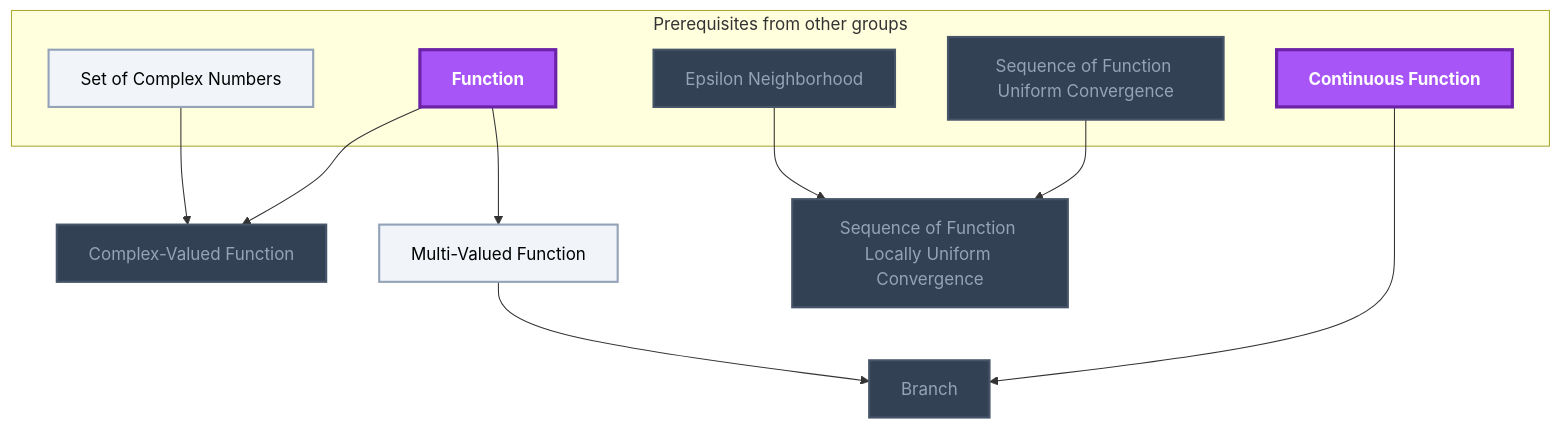
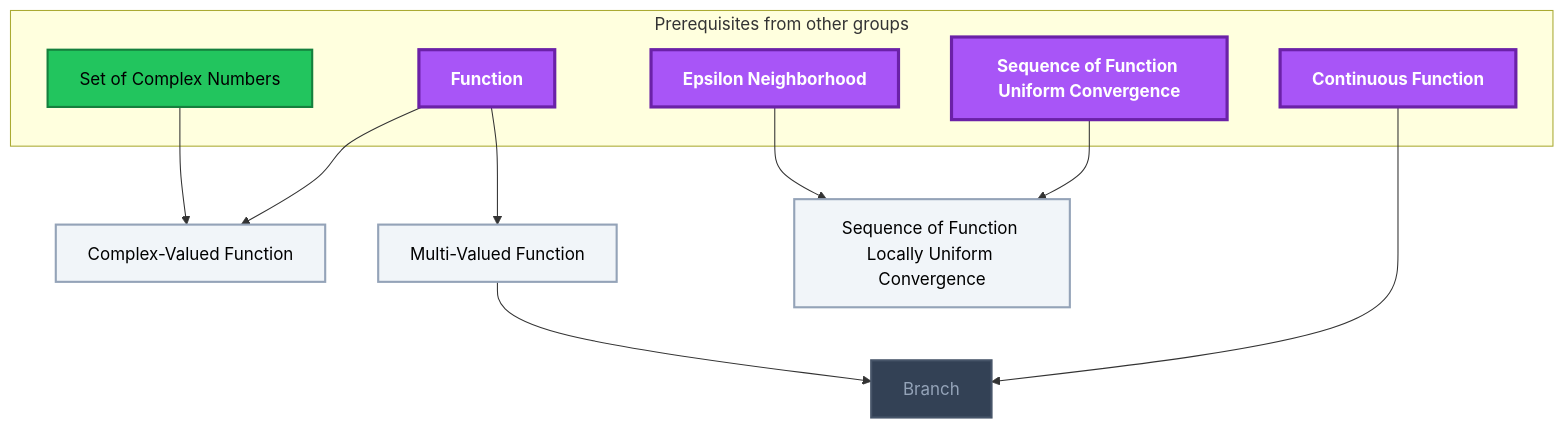
Before and after one commit to MRauf1/My-Notes: the third of 19 diagrams in Gamification/Skill Trees/Complex Analysis.md, drawn with Mermaid. The commit also changed other lines of this file and 145 other files, not shown here.

````diff
--- a/Gamification/Skill Trees/Complex Analysis.md
+++ b/Gamification/Skill Trees/Complex Analysis.md
@@ -105,34 +109,35 @@
 ```mermaid
 flowchart TD
     classDef planned fill:#1E293B,stroke:#64748B,stroke-width:2px,stroke-dasharray:5 5,color:#94A3B8;
     classDef locked fill:#334155,stroke:#475569,stroke-width:2px,color:#94A3B8;
     classDef L0 fill:#F1F5F9,stroke:#94A3B8,stroke-width:2px,color:#000000;
     classDef L1 fill:#22C55E,stroke:#15803D,stroke-width:2px,color:#000000;
     classDef L2 fill:#3B82F6,stroke:#1D4ED8,stroke-width:3px,color:#FFFFFF;
     classDef L3 fill:#A855F7,stroke:#6B21A8,stroke-width:3px,color:#FFFFFF,font-weight:bold;
     classDef L4 fill:#F97316,stroke:#C2410C,stroke-width:4px,color:#000000,font-weight:bold;
     classDef L5 fill:#FFD700,stroke:#FF8C00,stroke-width:5px,color:#000000,font-weight:bold;
     classDef rusty stroke:#8B4513,stroke-width:4px,stroke-dasharray:3 3;
     subgraph sg_prereqs["Prerequisites from other groups"]
         n_set_of_complex_numbers["Set of Complex Numbers"]
         n_function["Function"]
         n_continuous_function["Continuous Function"]
         n_epsilon_neighborhood["Epsilon Neighborhood"]
         n_sequence_of_function_uniform_convergence["Sequence of Function Uniform Convergence"]
     end
     n_complex_valued_function["Complex-Valued Function"]
     n_multi_valued_function["Multi-Valued Function"]
     n_branch["Branch"]
     n_sequence_of_function_locally_uniform_convergence["Sequence of Function Locally Uniform Convergence"]
     n_set_of_complex_numbers --> n_complex_valued_function
     n_function --> n_complex_valued_function
     n_function --> n_multi_valued_function
     n_multi_valued_function --> n_branch
     n_continuous_function --> n_branch
     n_epsilon_neighborhood --> n_sequence_of_function_locally_uniform_convergence
     n_sequence_of_function_uniform_convergence --> n_sequence_of_function_locally_uniform_convergence
-    class n_epsilon_neighborhood,n_sequence_of_function_uniform_convergence,n_complex_valued_function,n_branch,n_sequence_of_function_locally_uniform_convergence locked;
-    class n_set_of_complex_numbers,n_multi_valued_function L0;
-    class n_function,n_continuous_function L3;
+    class n_branch locked;
+    class n_complex_valued_function,n_multi_valued_function,n_sequence_of_function_locally_uniform_convergence L0;
+    class n_set_of_complex_numbers L1;
+    class n_function,n_continuous_function,n_epsilon_neighborhood,n_sequence_of_function_uniform_convergence L3;
     class n_set_of_complex_numbers,n_function,n_continuous_function,n_epsilon_neighborhood,n_sequence_of_function_uniform_convergence,n_complex_valued_function,n_multi_valued_function,n_branch,n_sequence_of_function_locally_uniform_convergence internal-link;
 ```
````
